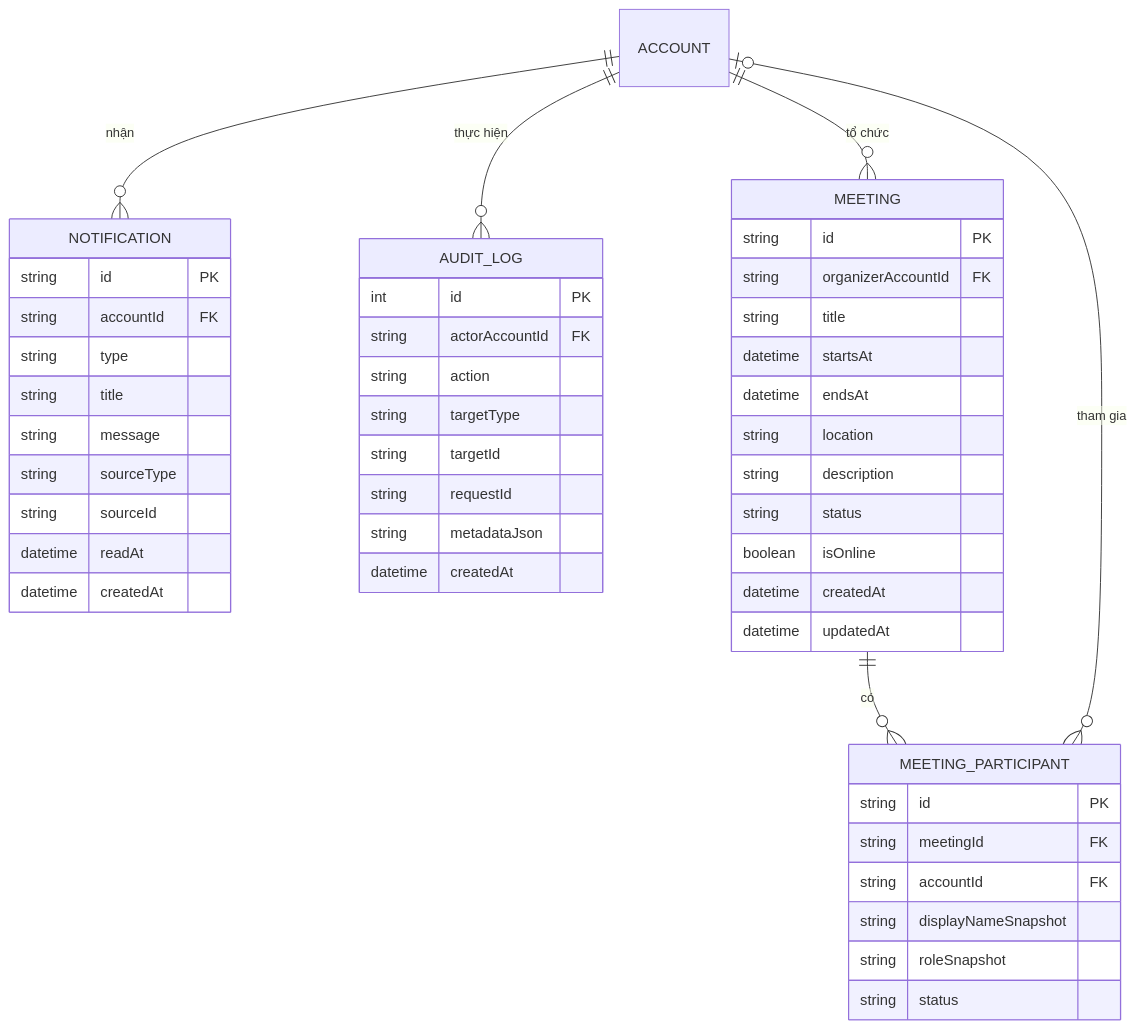
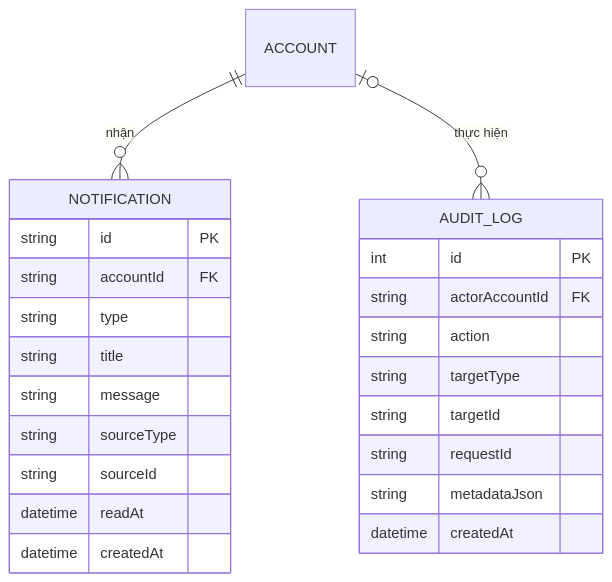
One commit to MINHDZVODICH/ctv-manage changed the third of 3 diagrams in docs/DATABASE.md. Above: the diagram before and after it, drawn with Mermaid. The commit also changed other lines of this file and 19 other files, not shown here.

Commit message:
docs: align API architecture and prototype flows

````diff
--- a/docs/DATABASE.md
+++ b/docs/DATABASE.md
@@ -248,54 +176,28 @@
 ```mermaid
 erDiagram
     ACCOUNT ||--o{ NOTIFICATION : "nhận"
-    ACCOUNT ||--o{ AUDIT_LOG : "thực hiện"
-    ACCOUNT ||--o{ MEETING : "tổ chức"
-    MEETING ||--o{ MEETING_PARTICIPANT : "có"
-    ACCOUNT o|--o{ MEETING_PARTICIPANT : "tham gia"
+    ACCOUNT o|--o{ AUDIT_LOG : "thực hiện"
 
     NOTIFICATION {
         string id PK
         string accountId FK
         string type
         string title
         string message
         string sourceType
         string sourceId
         datetime readAt
         datetime createdAt
     }
 
     AUDIT_LOG {
         int id PK
         string actorAccountId FK
         string action
         string targetType
         string targetId
         string requestId
         string metadataJson
         datetime createdAt
     }
-
-    MEETING {
-        string id PK
-        string organizerAccountId FK
-        string title
-        datetime startsAt
-        datetime endsAt
-        string location
-        string description
-        string status
-        boolean isOnline
-        datetime createdAt
-        datetime updatedAt
-    }
-
-    MEETING_PARTICIPANT {
-        string id PK
-        string meetingId FK
-        string accountId FK
-        string displayNameSnapshot
-        string roleSnapshot
-        string status
-    }
 ```
````
